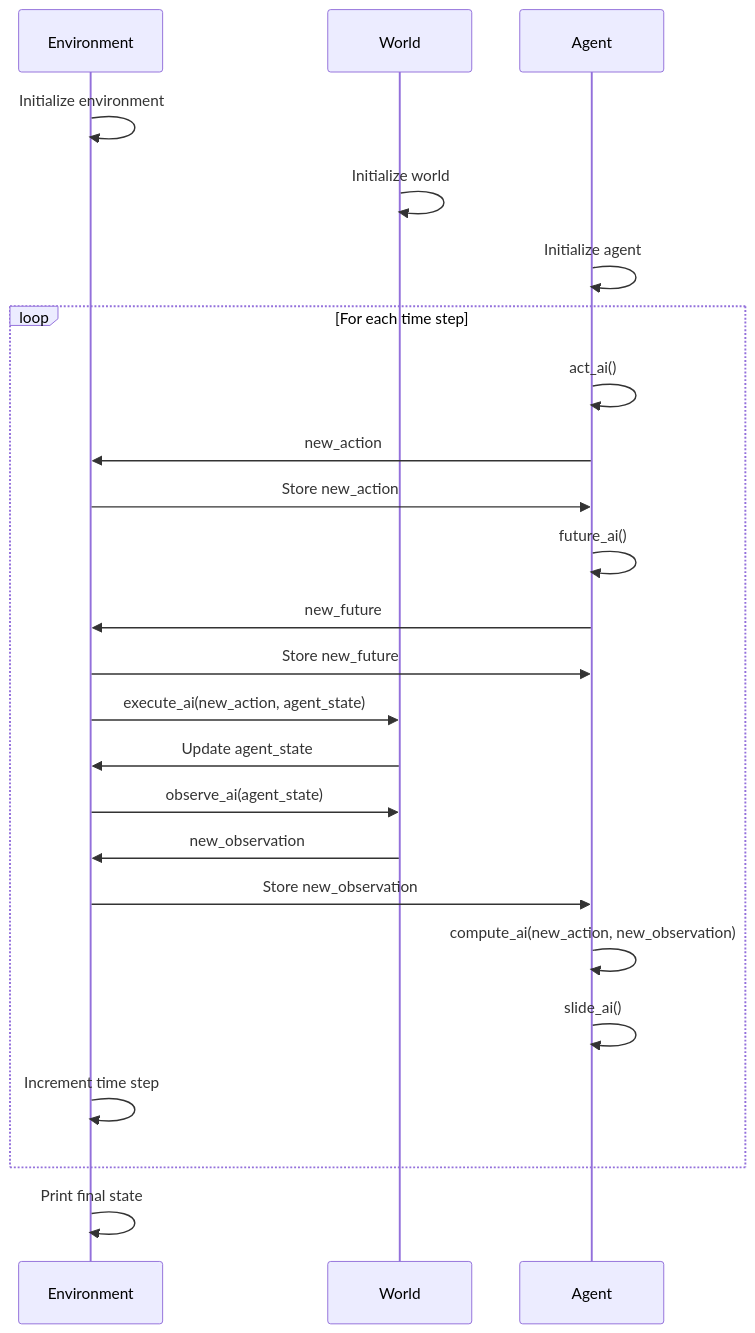
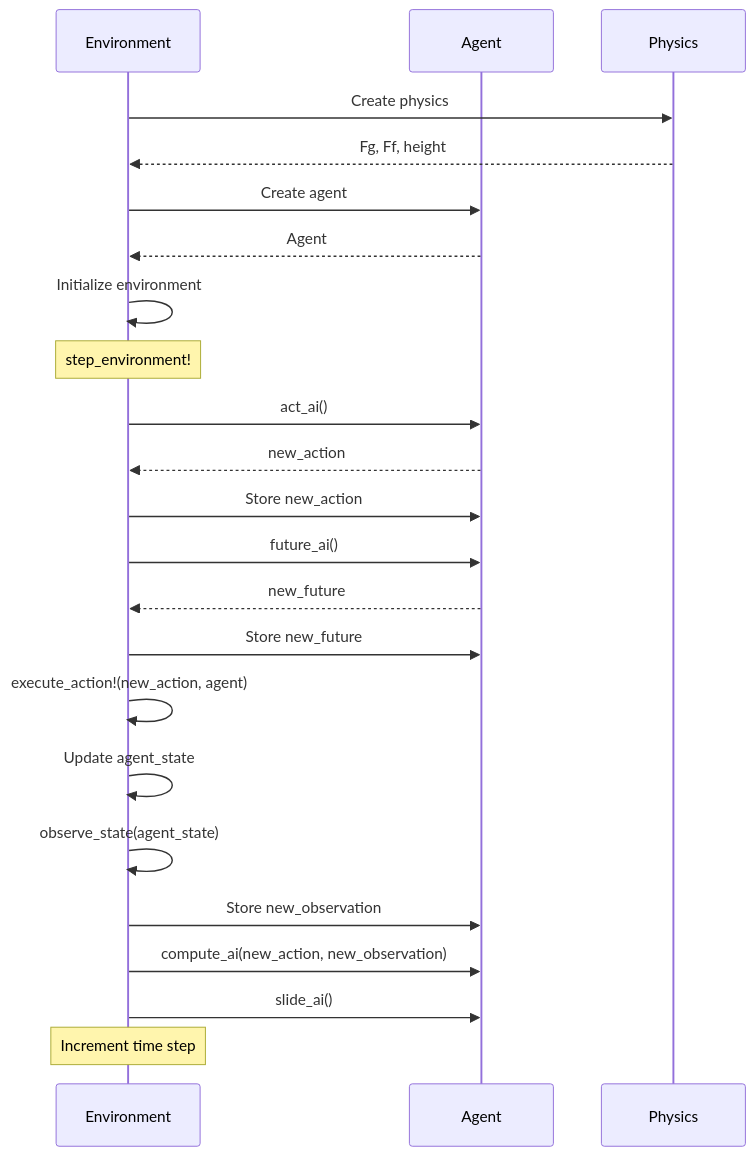
Before and after one commit to sustia-llc/MountainCarAI: the diagram in README.md, drawn with Mermaid.

Commit message:
update sequence diagram to show new env and agent interaction

````diff
--- a/README.md
+++ b/README.md
@@ -5,34 +5,32 @@
 ```mermaid
 sequenceDiagram
     participant E as Environment
-    participant W as World
-    participant A as Agent
+    participant A as Agent    
+    participant P as Physics
 
+    E->>P: Create physics
+    P-->>E: Fg, Ff, height
+    E->>A: Create agent
+    A-->>E: Agent
     E->>E: Initialize environment
-    W->>W: Initialize world
-    A->>A: Initialize agent
 
-    loop For each time step
-        A->>A: act_ai()
-        A->>E: new_action
-        E->>A: Store new_action
+    Note over E: step_environment!
+    E->>A: act_ai()
+    A-->>E: new_action
+    E->>A: Store new_action
 
-        A->>A: future_ai()
-        A->>E: new_future
-        E->>A: Store new_future
+    E->>A: future_ai()
+    A-->>E: new_future
+    E->>A: Store new_future
 
-        E->>W: execute_ai(new_action, agent_state)
-        W->>E: Update agent_state
+    E->>E: execute_action!(new_action, agent)
+    E->>E: Update agent_state
 
-        E->>W: observe_ai(agent_state)
-        W->>E: new_observation
-        E->>A: Store new_observation
+    E->>E: observe_state(agent_state)
+    E->>A: Store new_observation
 
-        A->>A: compute_ai(new_action, new_observation)
-        A->>A: slide_ai()
+    E->>A: compute_ai(new_action, new_observation)
+    E->>A: slide_ai()
 
-        E->>E: Increment time step
-    end
-
-    E->>E: Print final state
+    Note over E: Increment time step
 ```
````
